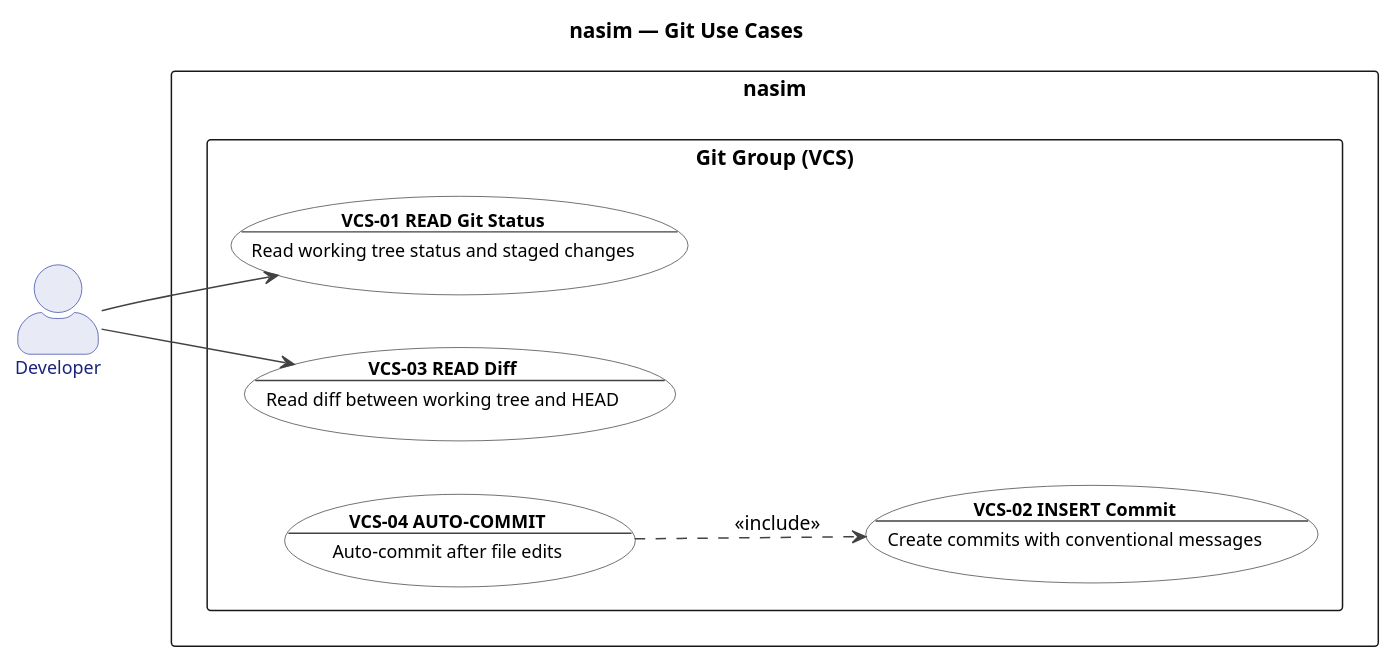
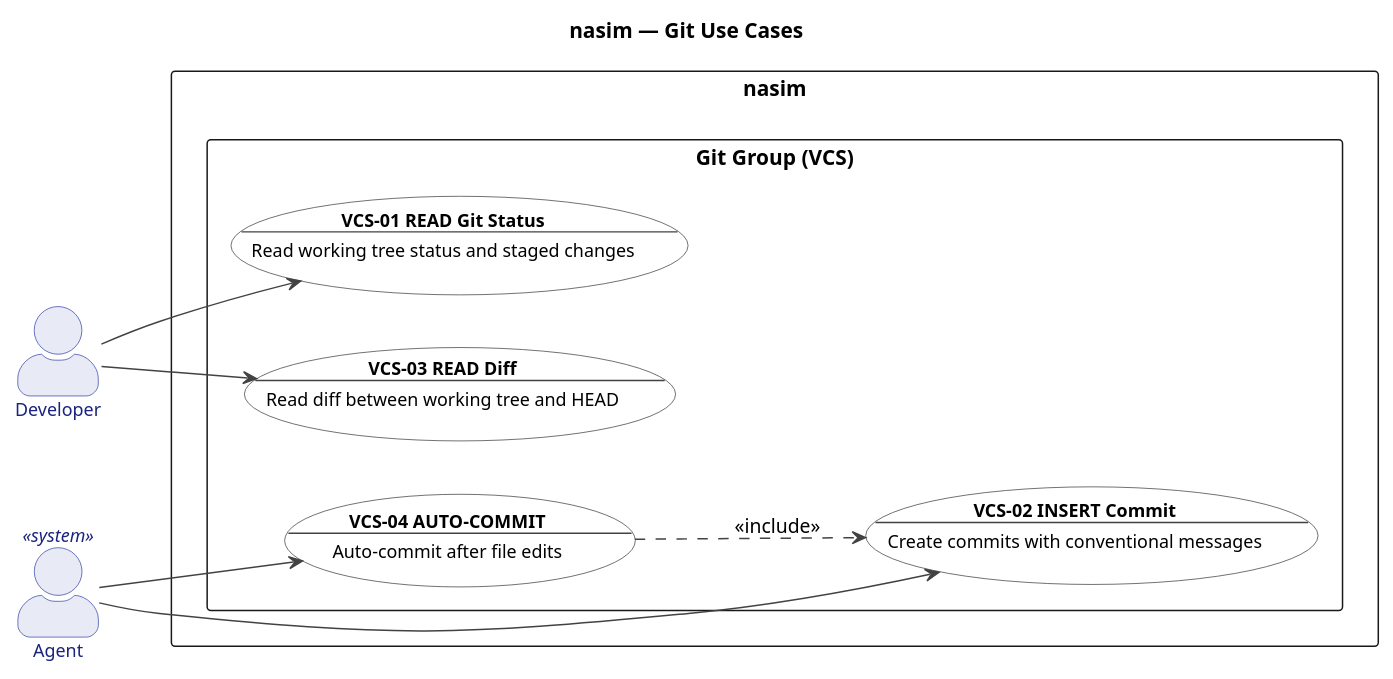
The diagram in docs/UC/uc_git.puml (salimnamvar/nasim), drawn with PlantUML before and after one commit. The commit also changed 18 other files, not shown here.

First line of the commit message:
docs: Add "Agent" actor to multiple use case diagrams and establish relationships

```diff
--- a/docs/UC/uc_git.puml
+++ b/docs/UC/uc_git.puml
@@ -1,68 +1,71 @@
 @startuml uc_git
 
 ' ============================================================
 ' Title:     nasim — UC: Git Group
 ' Group:     VCS (Git Integration)
 ' Boundary:  nasim code agent
 ' Purpose:   Version control awareness: status, diff, commit
 ' Milestone: v1.0
 ' Version:   6.0.0
 ' Source:    docs/ENTITIES.md
 ' Review:    docs/audit/audit.2026.06.20.uc-layer.car.md
 ' ============================================================
 
 left to right direction
 
 title nasim — Git Use Cases
 
 skinparam actorStyle awesome
 skinparam packageStyle rectangle
 
 skinparam usecase {
   BackgroundColor #FFFFFF
   BorderColor #424242
   FontColor #000000
   ArrowColor #424242
   FontSize 12
 }
 
 skinparam actor {
   BackgroundColor #E8EAF6
   BorderColor #3949AB
   FontColor #1A237E
   FontSize 12
 }
 
 ' ============================================================
 ' Actors
 ' ============================================================
 
 actor "Developer" as Developer
+actor "Agent" as Agent <<system>>
 
 ' ============================================================
 ' System Boundary
 ' ============================================================
 
 rectangle "nasim" {
   package "Git Group (VCS)" {
     usecase "**VCS-01 READ Git Status**\n--\nRead working tree status and staged changes" as VCS01
     usecase "**VCS-02 INSERT Commit**\n--\nCreate commits with conventional messages" as VCS02
     usecase "**VCS-03 READ Diff**\n--\nRead diff between working tree and HEAD" as VCS03
     usecase "**VCS-04 AUTO-COMMIT**\n--\nAuto-commit after file edits" as VCS04
   }
 }
 
 ' ============================================================
 ' Actor -> Use Case Associations
 ' ============================================================
 
 Developer --> VCS01
 Developer --> VCS03
+Agent --> VCS02
+Agent --> VCS04
 
 ' ============================================================
 ' Relationships
 ' ============================================================
 
 VCS04 ..> VCS02 : <<include>>
 
 @enduml
```
